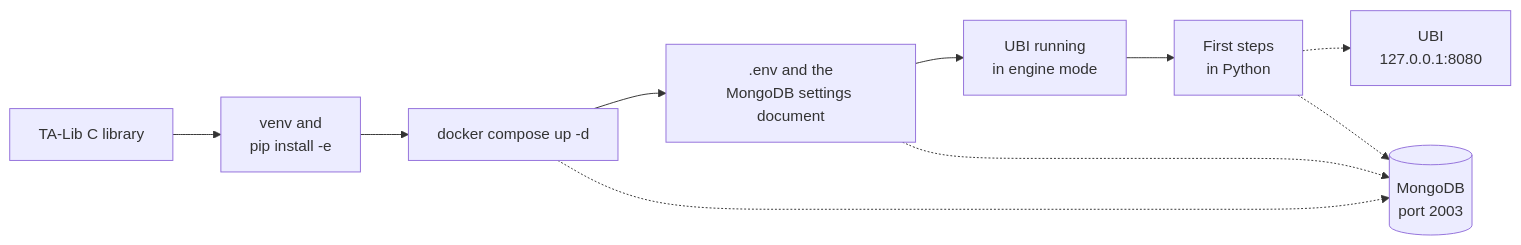
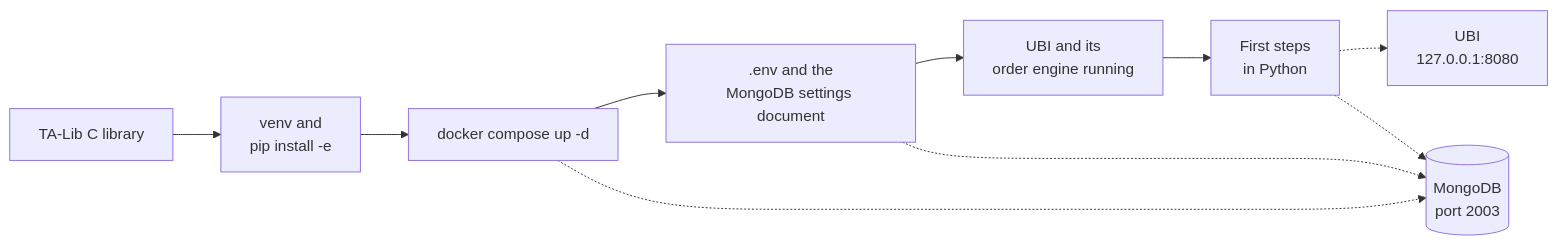
One commit to pramodathani/tradingmachine changed the diagram in docs/get-started/index.md. Above: the diagram before and after it, drawn with Mermaid. The commit also changed other lines of this file and 29 other files, not shown here.

First line of the commit message:
Update the documentation site for UBI's order engine changes

````diff
--- a/docs/get-started/index.md
+++ b/docs/get-started/index.md
@@ -33,12 +33,12 @@
 ```mermaid
 flowchart LR
     A["TA-Lib C library"] --> B["venv and<br/>pip install -e"]
     B --> C["docker compose up -d"]
     C --> D[".env and the<br/>MongoDB settings document"]
-    D --> E["UBI running<br/>in engine mode"]
+    D --> E["UBI and its<br/>order engine running"]
     E --> F["First steps<br/>in Python"]
     C -.-> MG[("MongoDB<br/>port 2003")]
     D -.-> MG
     F -.-> U["UBI<br/>127.0.0.1:8080"]
     F -.-> MG
 ```
````
